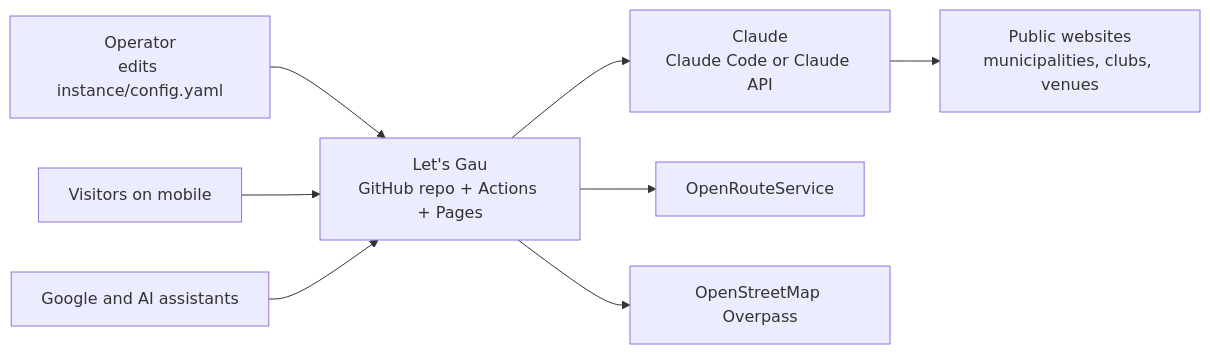
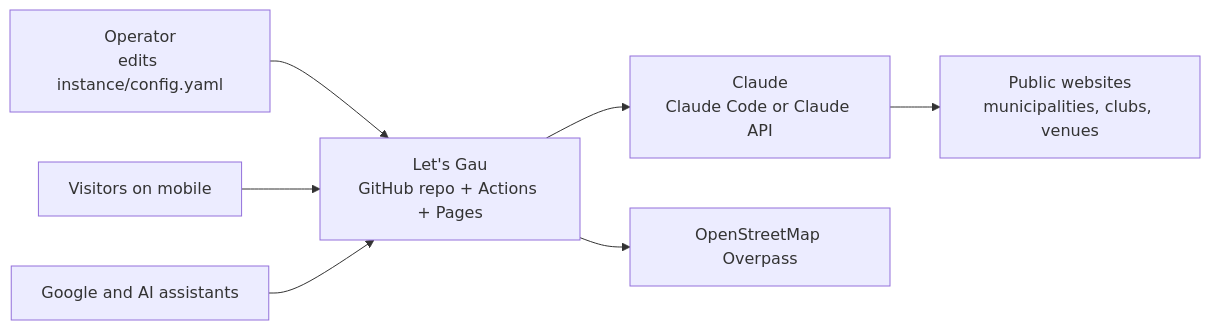
The first of 4 diagrams in docs/ARCHITECTURE.md (mat-los/letsgau), drawn with Mermaid before and after one commit. The commit also changed other lines of this file and 36 other files, not shown here.

````diff
--- a/docs/ARCHITECTURE.md
+++ b/docs/ARCHITECTURE.md
@@ -11,18 +11,16 @@
 ```mermaid
 flowchart LR
   OP["Operator<br/>edits instance/config.yaml"]
   U["Visitors on mobile"]
   AI["Google and AI assistants"]
   SYS["Let's Gau<br/>GitHub repo + Actions + Pages"]
   CL["Claude<br/>Claude Code or Claude API"]
-  ORS["OpenRouteService"]
   OSM["OpenStreetMap Overpass"]
   WEB["Public websites<br/>municipalities, clubs, venues"]
   OP --> SYS
   U --> SYS
   AI --> SYS
   SYS --> CL
-  SYS --> ORS
   SYS --> OSM
   CL --> WEB
 ```
````
